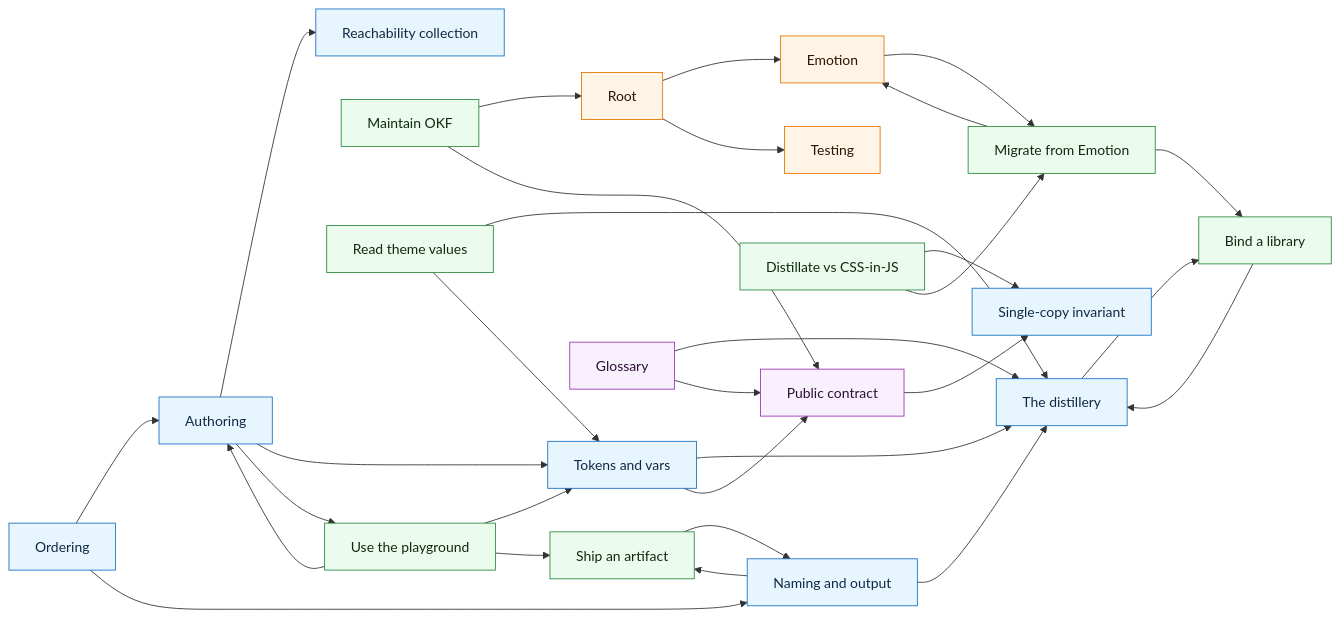
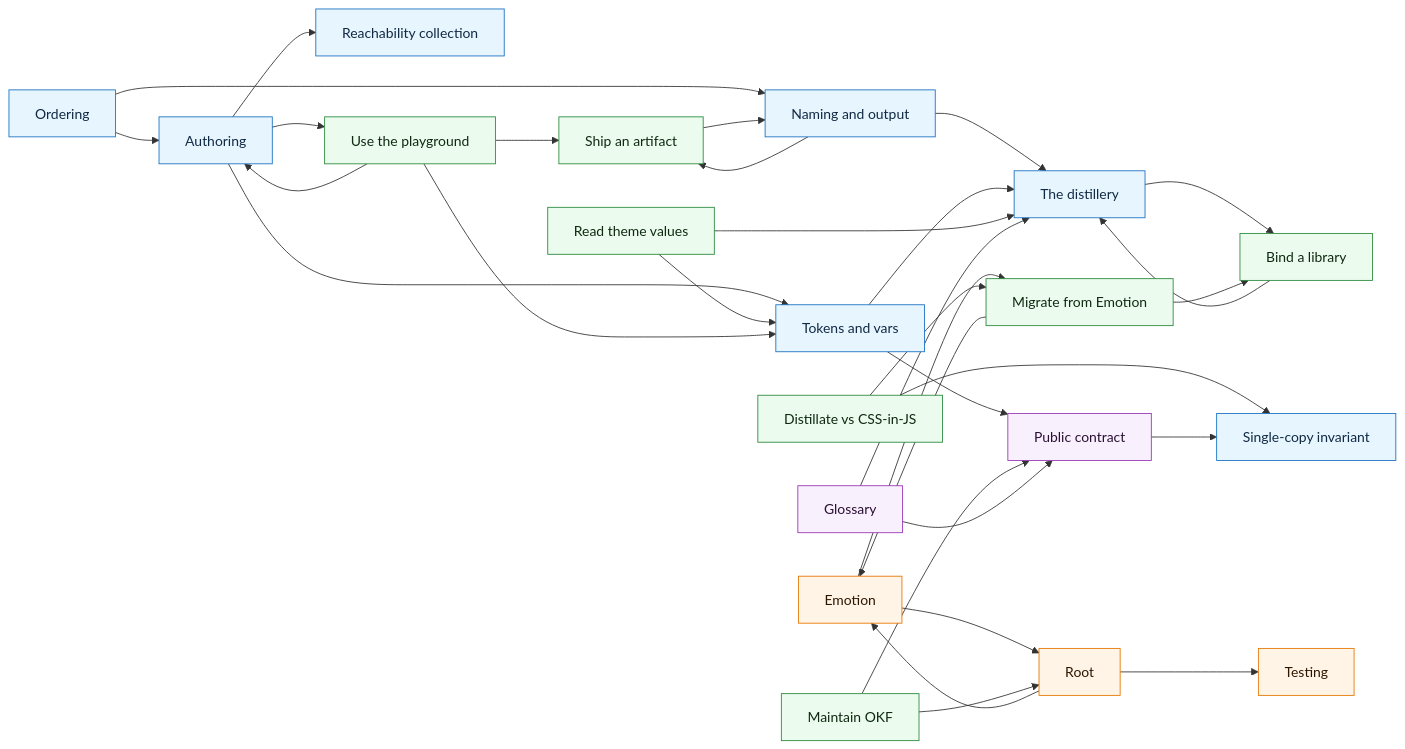
Before and after one commit to elastic/distillate: the diagram in docs/reference/okf-map.md, drawn with Mermaid. The commit also changed other lines of this file and 18 other files, not shown here.

````diff
--- a/docs/reference/okf-map.md
+++ b/docs/reference/okf-map.md
@@ -16,55 +16,56 @@
 ```mermaid
 flowchart LR
     concepts_authoring["Authoring"]:::concept
     concepts_collection["Reachability collection"]:::concept
     concepts_distillery["The distillery"]:::concept
     concepts_naming["Naming and output"]:::concept
     concepts_ordering["Ordering"]:::concept
     concepts_single_copy["Single-copy invariant"]:::concept
     concepts_tokens["Tokens and vars"]:::concept
     entry_points_emotion["Emotion"]:::entrypoint
     entry_points_root["Root"]:::entrypoint
     entry_points_testing["Testing"]:::entrypoint
     playbooks_bind_a_library["Bind a library"]:::playbook
     playbooks_maintain_okf["Maintain OKF"]:::playbook
     playbooks_migrate_from_emotion["Migrate from Emotion"]:::playbook
     playbooks_read_theme_values["Read theme values"]:::playbook
     playbooks_ship_an_artifact["Ship an artifact"]:::playbook
     playbooks_use_the_playground["Use the playground"]:::playbook
     playbooks_vs_emotion["Distillate vs CSS-in-JS"]:::playbook
     reference_glossary["Glossary"]:::reference
     reference_public_contract["Public contract"]:::reference
     concepts_authoring --> concepts_collection
     concepts_authoring --> concepts_tokens
     concepts_authoring --> playbooks_use_the_playground
     concepts_distillery --> playbooks_bind_a_library
     concepts_naming --> concepts_distillery
     concepts_naming --> playbooks_ship_an_artifact
     concepts_ordering --> concepts_authoring
     concepts_ordering --> concepts_naming
     concepts_tokens --> concepts_distillery
     concepts_tokens --> reference_public_contract
+    entry_points_emotion --> entry_points_root
     entry_points_emotion --> playbooks_migrate_from_emotion
     entry_points_root --> entry_points_emotion
     entry_points_root --> entry_points_testing
     playbooks_bind_a_library --> concepts_distillery
     playbooks_maintain_okf --> entry_points_root
     playbooks_maintain_okf --> reference_public_contract
     playbooks_migrate_from_emotion --> entry_points_emotion
     playbooks_migrate_from_emotion --> playbooks_bind_a_library
     playbooks_read_theme_values --> concepts_distillery
     playbooks_read_theme_values --> concepts_tokens
     playbooks_ship_an_artifact --> concepts_naming
     playbooks_use_the_playground --> concepts_authoring
     playbooks_use_the_playground --> concepts_tokens
     playbooks_use_the_playground --> playbooks_ship_an_artifact
     playbooks_vs_emotion --> concepts_single_copy
     playbooks_vs_emotion --> playbooks_migrate_from_emotion
     reference_glossary --> concepts_distillery
     reference_glossary --> reference_public_contract
     reference_public_contract --> concepts_single_copy
     classDef concept fill:#e7f5ff,stroke:#1971c2,color:#102a43
     classDef entrypoint fill:#fff4e6,stroke:#e67700,color:#2d1600
     classDef playbook fill:#ebfbee,stroke:#2b8a3e,color:#102a12
     classDef reference fill:#f8f0fc,stroke:#9c36b5,color:#2b1033
 ```
````
